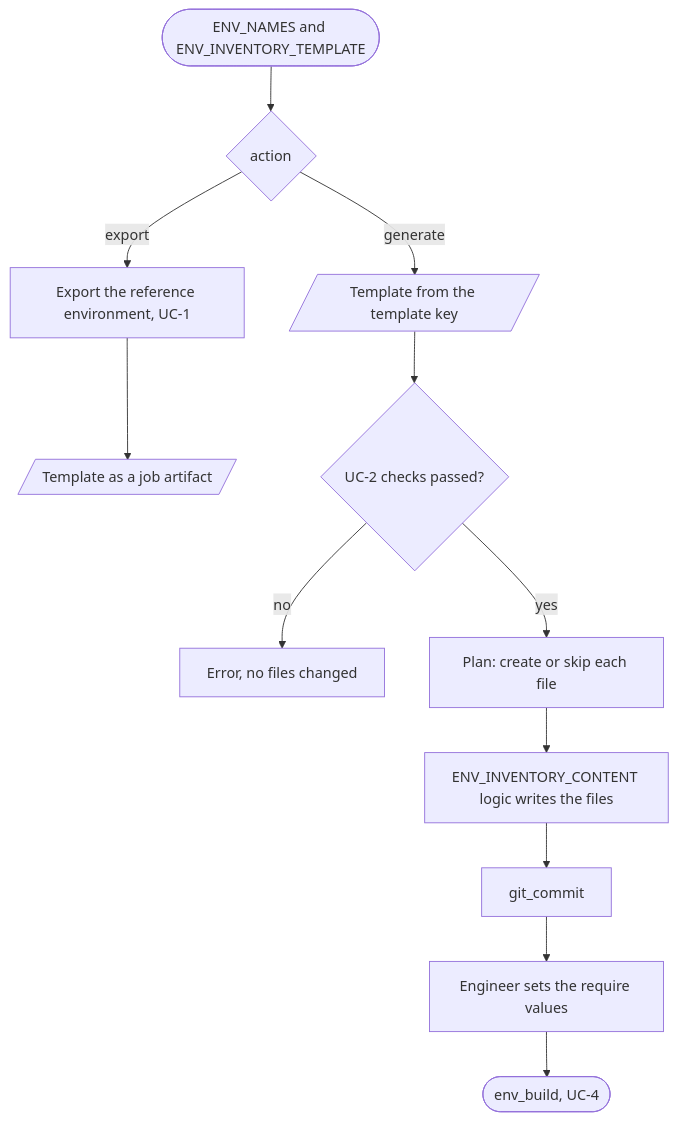
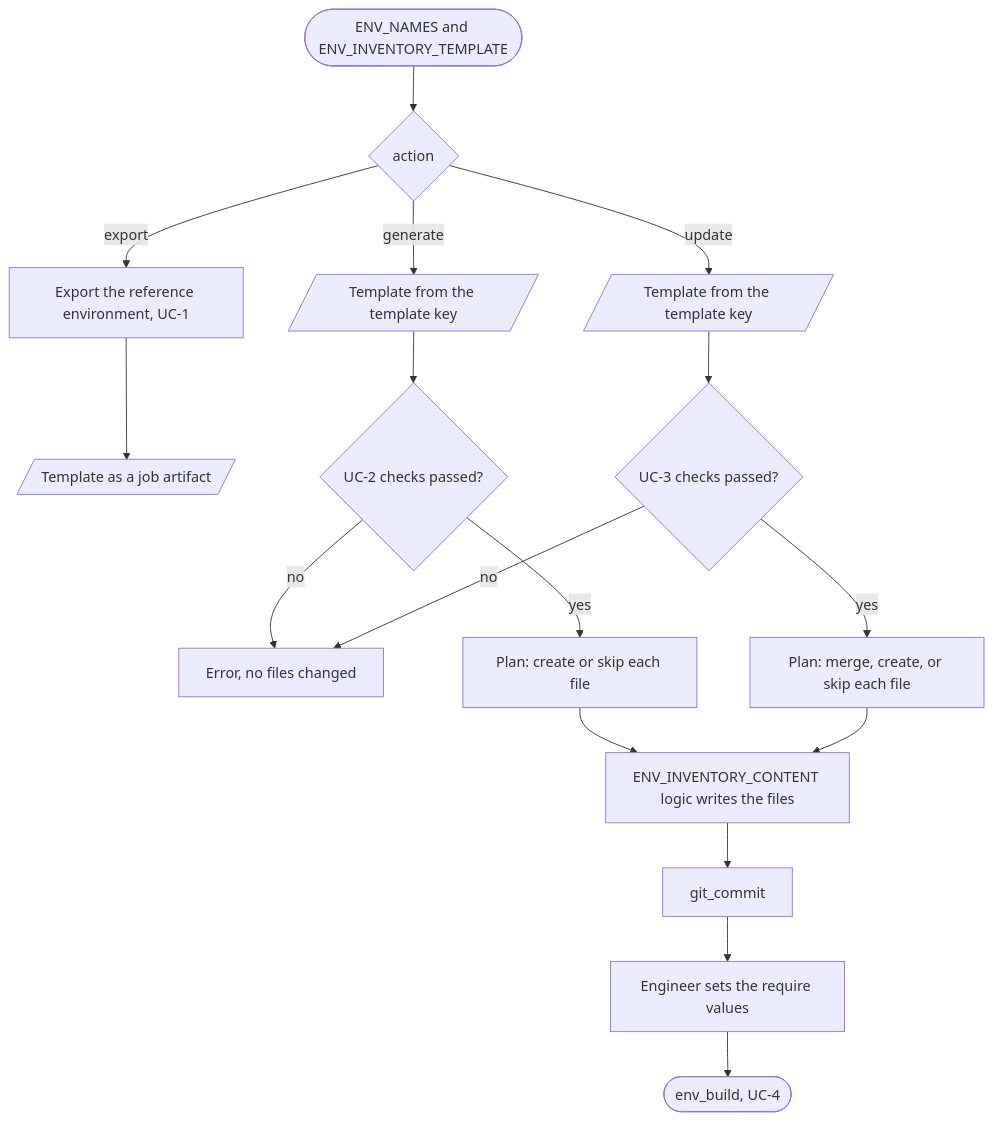
Before and after one commit to Netcracker/qubership-envgene: the diagram in docs/analysis/inventory-template-v2.md, drawn with Mermaid. The commit also changed other lines of this file, not shown here.

````diff
--- a/docs/analysis/inventory-template-v2.md
+++ b/docs/analysis/inventory-template-v2.md
@@ -29,14 +33,19 @@
 ```mermaid
 flowchart TD
     A([ENV_NAMES and ENV_INVENTORY_TEMPLATE]) --> B{action}
     B -->|export| C[Export the reference environment, UC-1]
     C --> T[/Template as a job artifact/]
     B -->|generate| D[/Template from the template key/]
+    B -->|update| U[/Template from the template key/]
     D --> E{UC-2 checks passed?}
+    U --> V{UC-3 checks passed?}
     E -->|no| X[Error, no files changed]
+    V -->|no| X
     E -->|yes| F[Plan: create or skip each file]
+    V -->|yes| W[Plan: merge, create, or skip each file]
     F --> G[ENV_INVENTORY_CONTENT logic writes the files]
+    W --> G
     G --> H[git_commit]
     H --> I[Engineer sets the require values]
     I --> J([env_build, UC-4])
 ```
````
